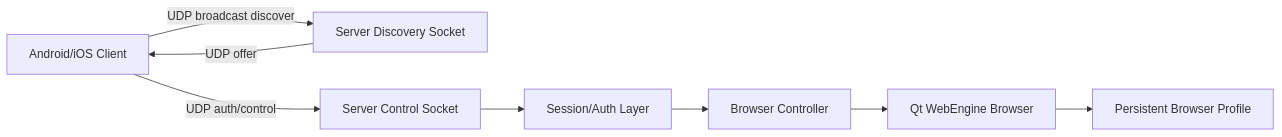
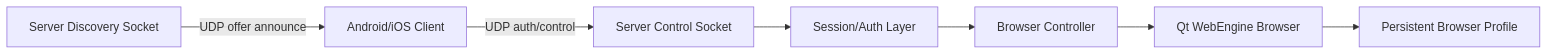
The diagram in docs/PROJECT_PLAN.md (WeyNiDrop/remote-explorer-server), drawn with Mermaid before and after one commit. The commit also changed other lines of this file and 11 other files, not shown here.

````diff
--- a/docs/PROJECT_PLAN.md
+++ b/docs/PROJECT_PLAN.md
@@ -103,10 +103,9 @@
 ```mermaid
 flowchart LR
-  Mobile["Android/iOS Client"] -- "UDP broadcast discover" --> Discovery["Server Discovery Socket"]
-  Discovery -- "UDP offer" --> Mobile
+  Discovery["Server Discovery Socket"] -- "UDP offer announce" --> Mobile["Android/iOS Client"]
   Mobile -- "UDP auth/control" --> Control["Server Control Socket"]
   Control --> Auth["Session/Auth Layer"]
   Auth --> BrowserCtl["Browser Controller"]
   BrowserCtl --> QtWeb["Qt WebEngine Browser"]
   QtWeb --> Profile["Persistent Browser Profile"]
 ```
````
